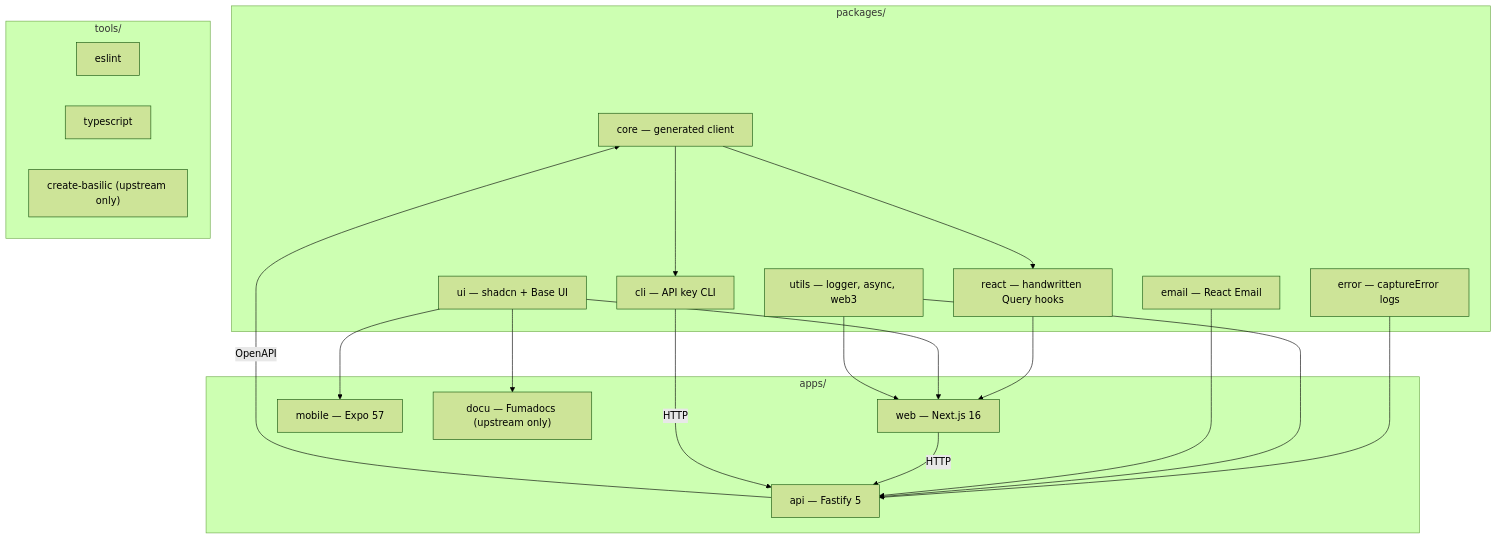
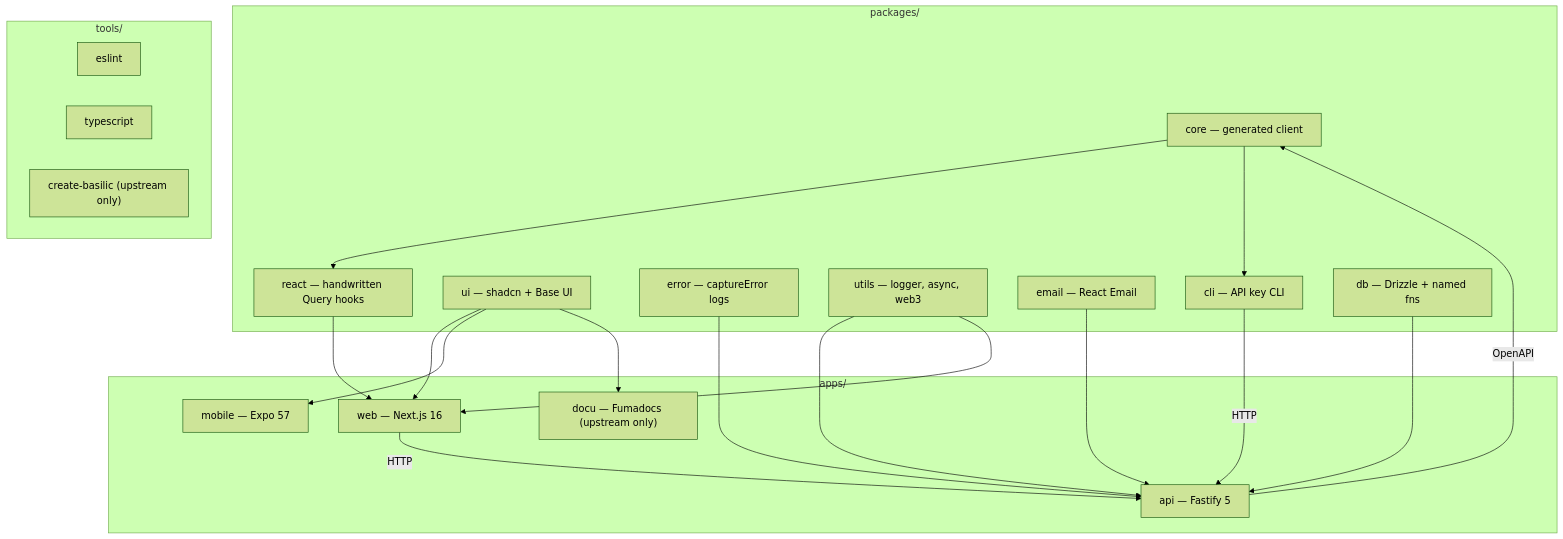
One commit to blockmatic/basilic changed the diagram in apps/docu/content/docs/architecture/monorepo.mdx. Above: the diagram before and after it, drawn with Mermaid (forest theme). The commit also changed other lines of this file and 203 other files, not shown here.

````diff
--- a/apps/docu/content/docs/architecture/monorepo.mdx
+++ b/apps/docu/content/docs/architecture/monorepo.mdx
@@ -8,39 +8,41 @@
 ```mermaid
 flowchart TB
   subgraph Packages["packages/"]
     Core["core — generated client"]
     React["react — handwritten Query hooks"]
     UI["ui — shadcn + Base UI"]
     Error["error — captureError logs"]
     Utils["utils — logger, async, web3"]
     Email["email — React Email"]
     Cli["cli — API key CLI"]
+    Db["db — Drizzle + named fns"]
   end
 
   subgraph Apps["apps/"]
     API["api — Fastify 5"]
     Web["web — Next.js 16"]
     Mobile["mobile — Expo 57"]
     Docu["docu — Fumadocs (upstream only)"]
   end
 
   subgraph Tools["tools/"]
     Eslint["eslint"]
     Ts["typescript"]
     Create["create-basilic (upstream only)"]
   end
 
   API -->|OpenAPI| Core
   Core --> React
   Core --> Cli
   React --> Web
   UI --> Web
   UI --> Mobile
   UI --> Docu
   Error --> API
   Utils --> API
   Utils --> Web
   Email --> API
+  Db --> API
   Web -->|HTTP| API
   Cli -->|HTTP| API
 ```
````
